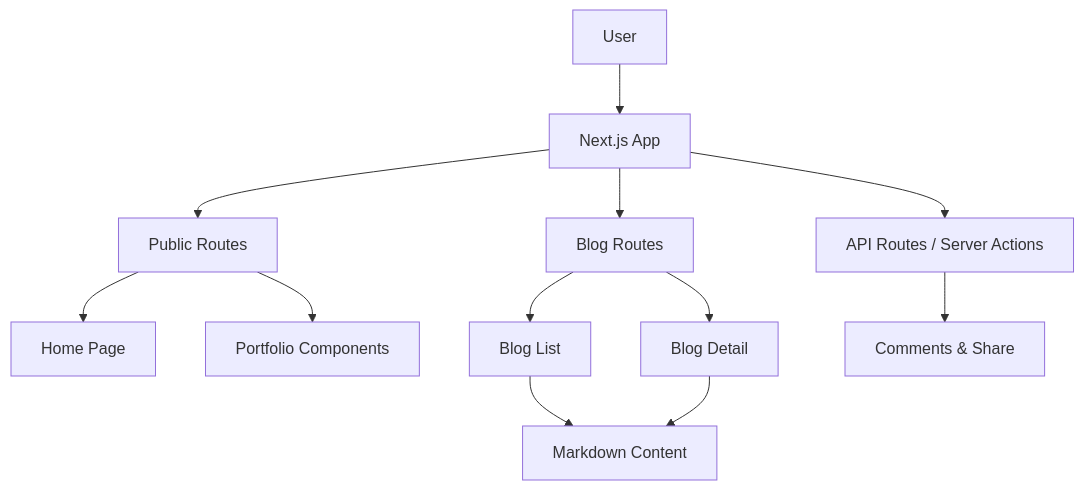
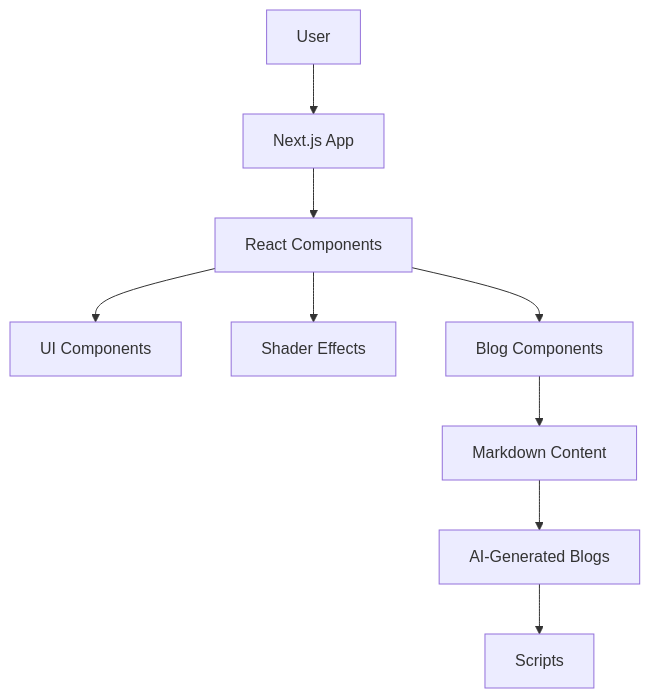
Before and after one commit to erfanhassan/erfanhassan: the diagram in README.md, drawn with Mermaid. The commit also changed other lines of this file, not shown here.

````diff
--- a/README.md
+++ b/README.md
@@ -36,14 +33,11 @@
 ```mermaid
 graph TD
     A[User] --> B[Next.js App]
-    B --> C[Public Routes]
-    B --> D[Blog Routes]
-    C --> E[Home Page]
-    C --> F[Portfolio Components]
-    D --> G[Blog List]
-    D --> H[Blog Detail]
-    G --> I[Markdown Content]
-    H --> I
-    B --> J[API Routes / Server Actions]
-    J --> K[Comments & Share]
+    B --> C[React Components]
+    C --> D[UI Components]
+    C --> E[Shader Effects]
+    C --> F[Blog Components]
+    F --> G[Markdown Content]
+    G --> H[AI-Generated Blogs]
+    H --> I[Scripts]
 ```
````
